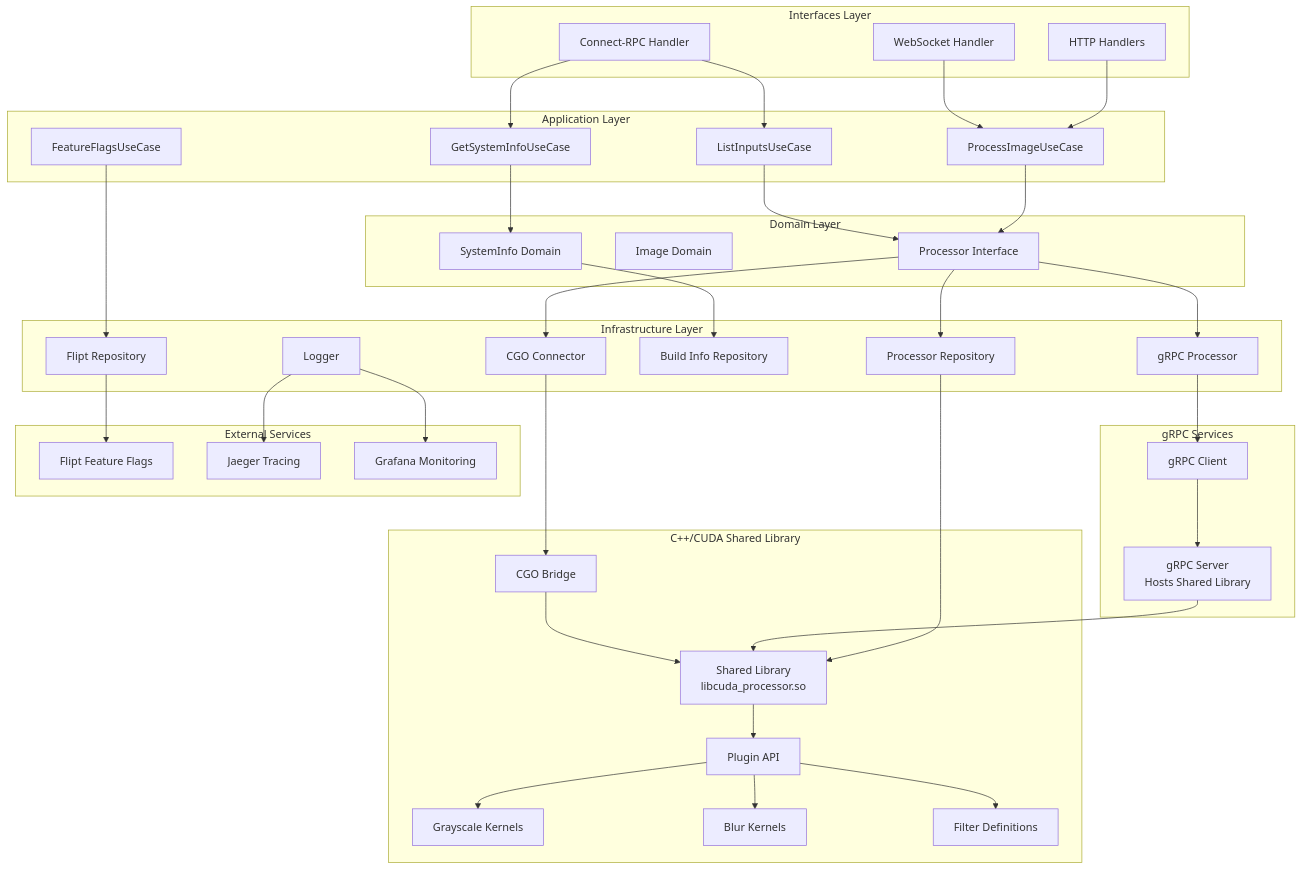
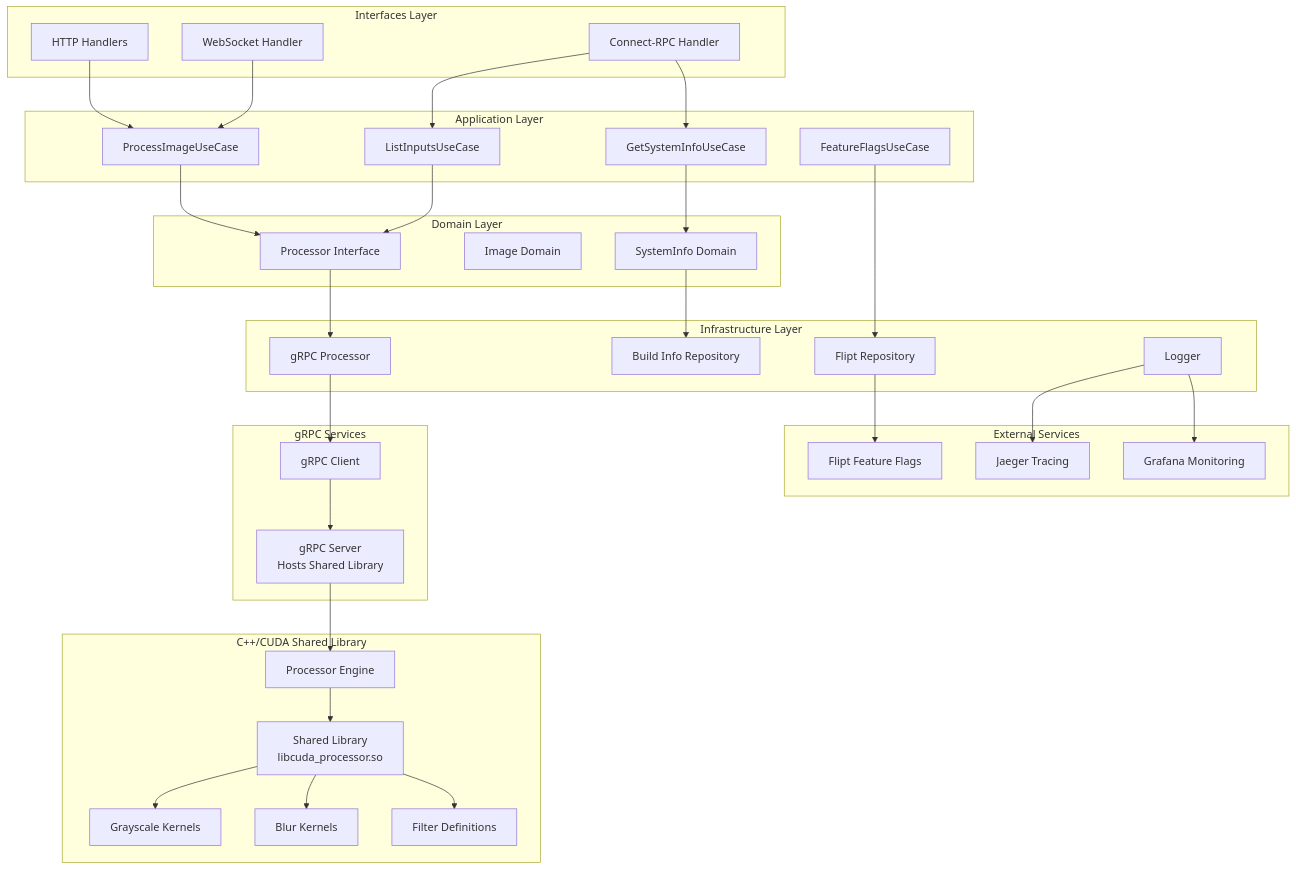
One commit to josnelihurt/learning-cuda changed the second of 2 diagrams in README.md. Above: the diagram before and after it, drawn with Mermaid. The commit also changed other lines of this file and 239 other files, not shown here.

````diff
--- a/README.md
+++ b/README.md
@@ -105,80 +100,72 @@
 ```mermaid
 graph TB
     subgraph "Interfaces Layer"
         HTTP[HTTP Handlers]
         WS_Handler[WebSocket Handler]
         ConnectRPC_Handler[Connect-RPC Handler]
     end
     
     subgraph "Application Layer"
         ProcessImage[ProcessImageUseCase]
         ListInputs[ListInputsUseCase]
         GetSystemInfo[GetSystemInfoUseCase]
         FeatureFlags[FeatureFlagsUseCase]
     end
     
     subgraph "Domain Layer"
         Processor[Processor Interface]
         Image[Image Domain]
         SystemInfo[SystemInfo Domain]
     end
     
     subgraph "Infrastructure Layer"
-        ProcessorRepo[Processor Repository]
         GRPCProcessor[gRPC Processor]
-        CGOConnector[CGO Connector]
         BuildInfo[Build Info Repository]
         FliptRepo[Flipt Repository]
         Logger[Logger]
     end
     
     subgraph "C++/CUDA Shared Library"
         SharedLibrary[Shared Library<br/>libcuda_processor.so]
-        PluginAPI[Plugin API]
-        CGOBridge[CGO Bridge]
+        ProcessorEngine[Processor Engine]
         GrayscaleKernel[Grayscale Kernels]
         BlurKernel[Blur Kernels]
         FilterDefs[Filter Definitions]
     end
     
     subgraph "gRPC Services"
         GRPCServerService[gRPC Server<br/>Hosts Shared Library]
         GRPCClientService[gRPC Client]
     end
     
     subgraph "External Services"
         Flipt[Flipt Feature Flags]
         Jaeger[Jaeger Tracing]
         Grafana[Grafana Monitoring]
     end
     
     HTTP --> ProcessImage
     WS_Handler --> ProcessImage
     ConnectRPC_Handler --> ListInputs
     ConnectRPC_Handler --> GetSystemInfo
     
     ProcessImage --> Processor
     ListInputs --> Processor
     GetSystemInfo --> SystemInfo
     
-    Processor --> ProcessorRepo
     Processor --> GRPCProcessor
-    Processor --> CGOConnector
     SystemInfo --> BuildInfo
     FeatureFlags --> FliptRepo
     
-    ProcessorRepo --> SharedLibrary
     GRPCProcessor --> GRPCClientService
-    CGOConnector --> CGOBridge
     GRPCClientService --> GRPCServerService
-    GRPCServerService --> SharedLibrary
-    CGOBridge --> SharedLibrary
-    SharedLibrary --> PluginAPI
-    PluginAPI --> GrayscaleKernel
-    PluginAPI --> BlurKernel
-    PluginAPI --> FilterDefs
+    GRPCServerService --> ProcessorEngine
+    ProcessorEngine --> SharedLibrary
+    SharedLibrary --> GrayscaleKernel
+    SharedLibrary --> BlurKernel
+    SharedLibrary --> FilterDefs
     
     FliptRepo --> Flipt
     Logger --> Jaeger
     Logger --> Grafana
 ```
````
